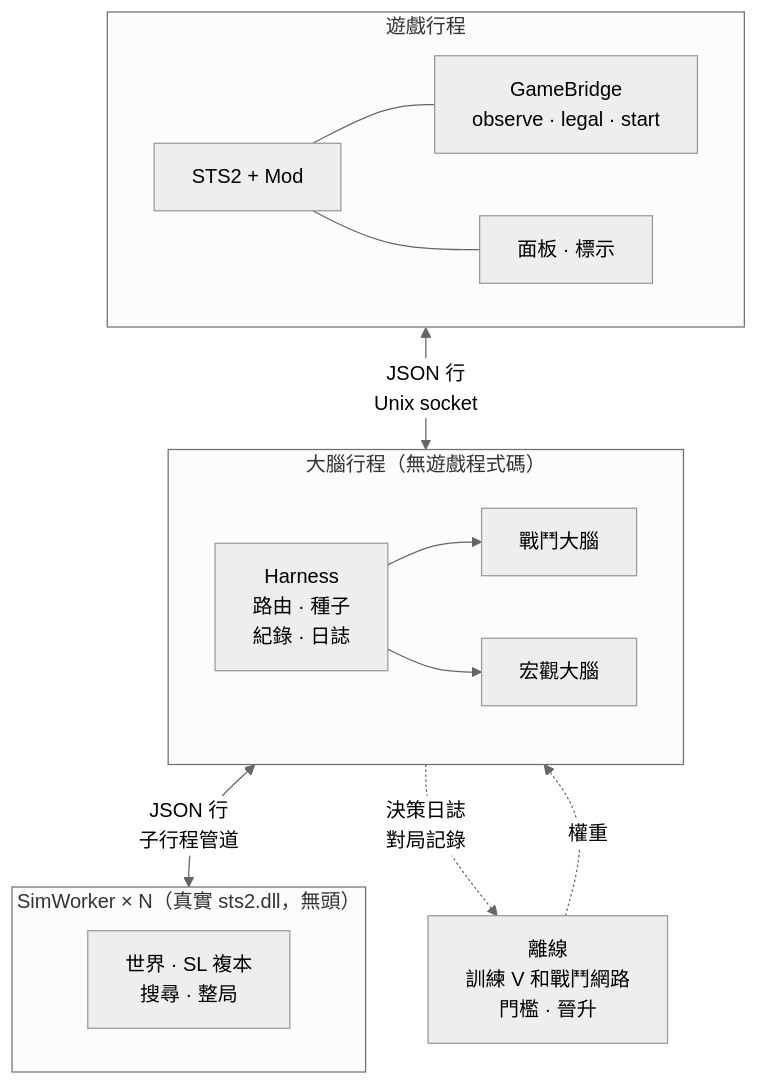
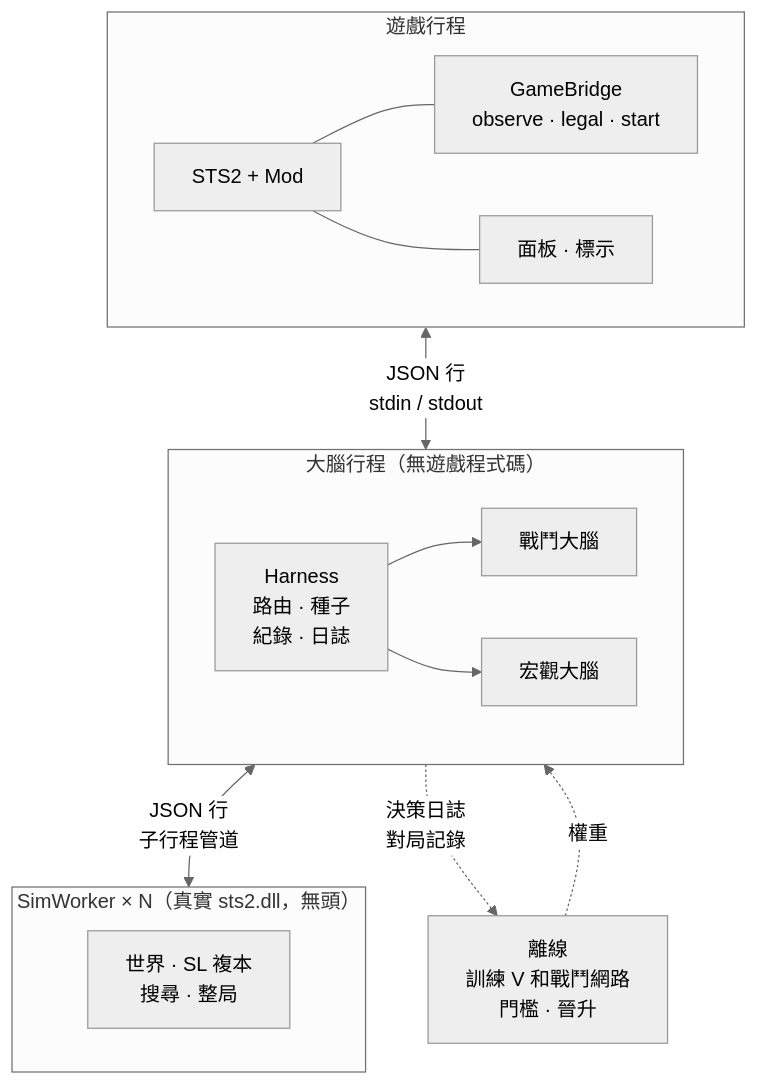
One commit to shinnku-nikaidou/spire-zero changed the diagram in docs/src/content/docs/zh-tw/index.mdx. Above: the diagram before and after it, drawn with Mermaid (neutral theme). The commit also changed other lines of this file and 164 other files, not shown here.

````diff
--- a/docs/src/content/docs/zh-tw/index.mdx
+++ b/docs/src/content/docs/zh-tw/index.mdx
@@ -42,18 +42,18 @@
 ```mermaid
 flowchart TD
   subgraph G["遊戲行程"]
     GAME["STS2 + Mod"] --- GB["GameBridge<br/>observe · legal · start"]
     GAME --- UI["面板 · 標示"]
   end
   subgraph D["大腦行程（無遊戲程式碼）"]
     H["Harness<br/>路由 · 種子<br/>紀錄 · 日誌"] --> CB["戰鬥大腦"]
     H --> MB["宏觀大腦"]
   end
   subgraph W["SimWorker × N（真實 sts2.dll，無頭）"]
     WS["世界 · SL 複本<br/>搜尋 · 整局"]
   end
-  G <-->|"JSON 行<br/>Unix socket"| D
+  G <-->|"JSON 行<br/>stdin / stdout"| D
   D <-->|"JSON 行<br/>子行程管道"| W
   D -.->|"決策日誌<br/>對局記錄"| OFF["離線<br/>訓練 V 和戰鬥網路<br/>門檻 · 晉升"]
   OFF -.->|"權重"| D
 ```
````
